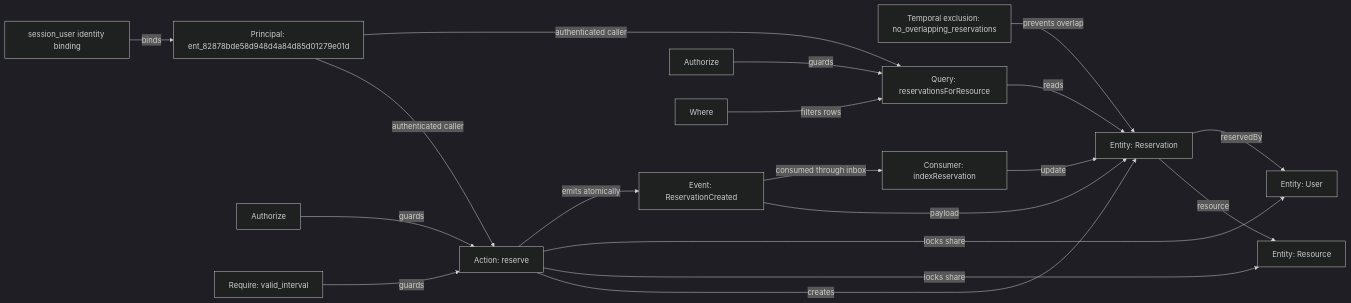
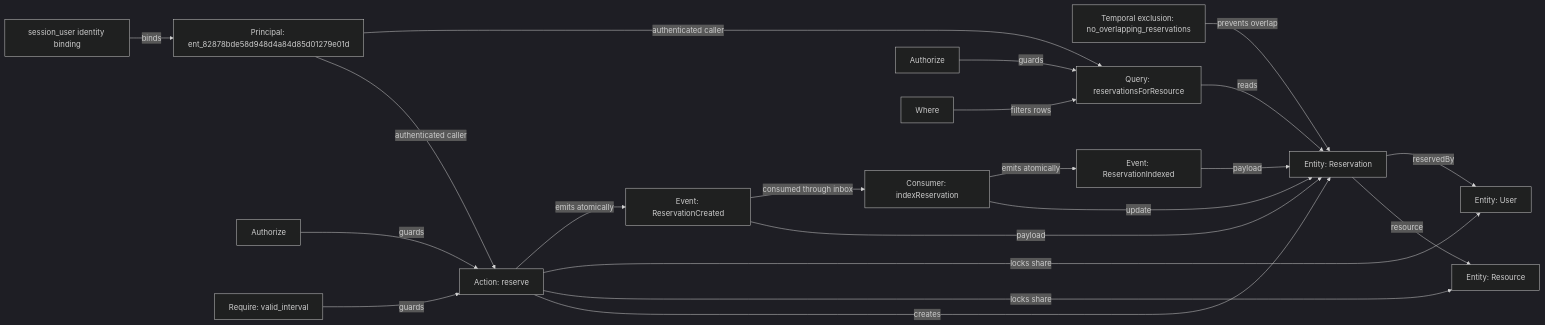
One commit to atlanticplatformgroup/ModelLang changed the diagram in generated/reservations/model.mmd. Above: the diagram before and after it, drawn with Mermaid (dark theme). The commit also changed 89 other files, not shown here.

```diff
--- a/generated/reservations/model.mmd
+++ b/generated/reservations/model.mmd
@@ -1,28 +1,31 @@
 flowchart LR
   identity["session_user identity binding"]
   principal["Principal: ent_82878bde58d948d4a84d85d01279e01d"]
   identity -->|binds| principal
   entity_ent_82878bde58d948d4a84d85d01279e01d["Entity: User"]
   entity_ent_7cb2307972954d83a6f344764faaae39["Entity: Resource"]
   entity_ent_ba2d028e915841d1ab90adfa40d38404["Entity: Reservation"]
   entity_ent_ba2d028e915841d1ab90adfa40d38404 -->|resource| entity_ent_7cb2307972954d83a6f344764faaae39
   entity_ent_ba2d028e915841d1ab90adfa40d38404 -->|reservedBy| entity_ent_82878bde58d948d4a84d85d01279e01d
   exclusion_exc_d55bab6e14884cd5a7d2bacfc30458ba["Temporal exclusion: no_overlapping_reservations"] -->|prevents overlap| entity_ent_ba2d028e915841d1ab90adfa40d38404
   event_evt_40d694c9a0a274dc79c6168e47d25968["Event: ReservationCreated"]
   event_evt_40d694c9a0a274dc79c6168e47d25968 -->|payload| entity_ent_ba2d028e915841d1ab90adfa40d38404
+  event_evt_60d694c9a0a274dc79c6168e47d25968["Event: ReservationIndexed"]
+  event_evt_60d694c9a0a274dc79c6168e47d25968 -->|payload| entity_ent_ba2d028e915841d1ab90adfa40d38404
   action_act_508ad810a19d4b79a5009871de5cd26b["Action: reserve"]
   principal -->|authenticated caller| action_act_508ad810a19d4b79a5009871de5cd26b
   action_act_508ad810a19d4b79a5009871de5cd26b -->|creates| entity_ent_ba2d028e915841d1ab90adfa40d38404
   authorize_action_act_508ad810a19d4b79a5009871de5cd26b["Authorize"] -->|guards| action_act_508ad810a19d4b79a5009871de5cd26b
   require_action_act_508ad810a19d4b79a5009871de5cd26b_valid_interval["Require: valid_interval"] -->|guards| action_act_508ad810a19d4b79a5009871de5cd26b
   action_act_508ad810a19d4b79a5009871de5cd26b -->|locks share| entity_ent_7cb2307972954d83a6f344764faaae39
   action_act_508ad810a19d4b79a5009871de5cd26b -->|locks share| entity_ent_82878bde58d948d4a84d85d01279e01d
   action_act_508ad810a19d4b79a5009871de5cd26b -->|emits atomically| event_evt_40d694c9a0a274dc79c6168e47d25968
   consumer_con_20d694c9a0a274dc79c6168e47d25968["Consumer: indexReservation"]
   event_evt_40d694c9a0a274dc79c6168e47d25968 -->|consumed through inbox| consumer_con_20d694c9a0a274dc79c6168e47d25968
   consumer_con_20d694c9a0a274dc79c6168e47d25968 -->|update| entity_ent_ba2d028e915841d1ab90adfa40d38404
+  consumer_con_20d694c9a0a274dc79c6168e47d25968 -->|emits atomically| event_evt_60d694c9a0a274dc79c6168e47d25968
   query_qry_94d8a56f4c2640fab58a4c2190c35c69["Query: reservationsForResource"]
   principal -->|authenticated caller| query_qry_94d8a56f4c2640fab58a4c2190c35c69
   query_qry_94d8a56f4c2640fab58a4c2190c35c69 -->|reads| entity_ent_ba2d028e915841d1ab90adfa40d38404
   authorize_query_qry_94d8a56f4c2640fab58a4c2190c35c69["Authorize"] -->|guards| query_qry_94d8a56f4c2640fab58a4c2190c35c69
   where_query_qry_94d8a56f4c2640fab58a4c2190c35c69["Where"] -->|filters rows| query_qry_94d8a56f4c2640fab58a4c2190c35c69
```
